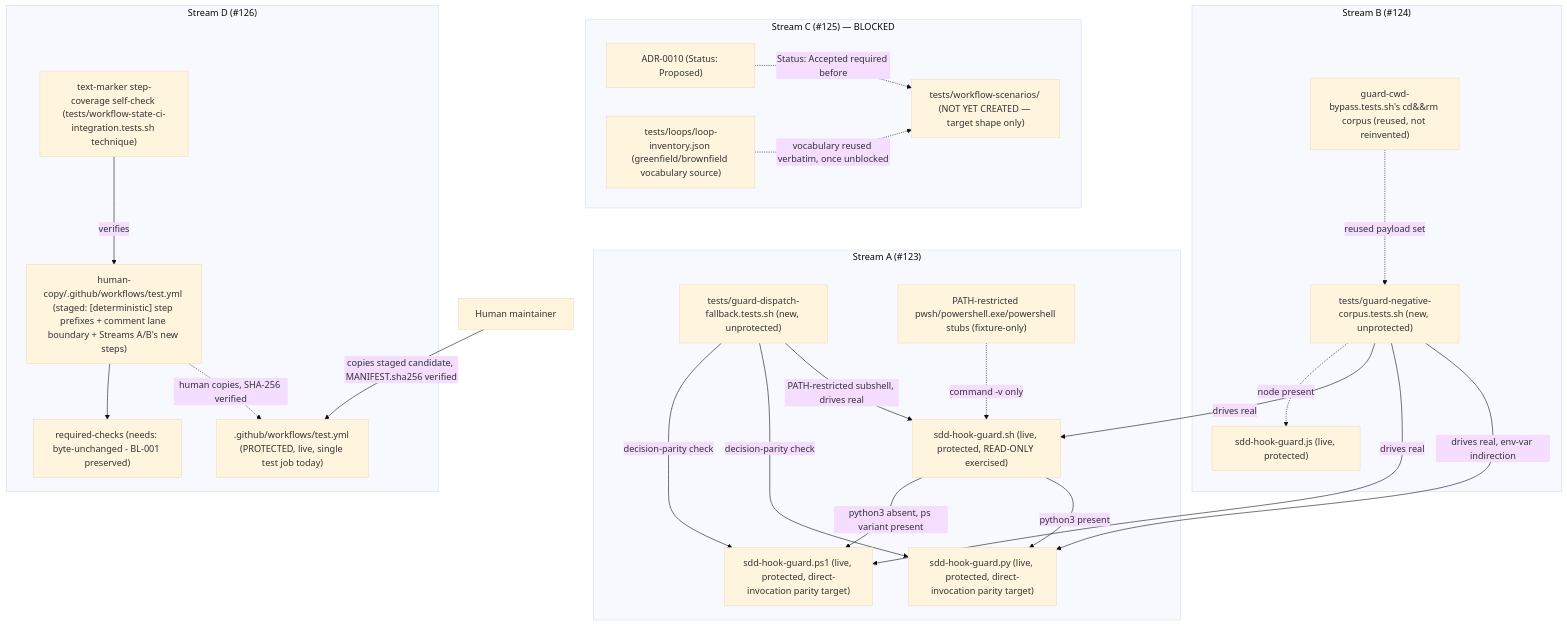
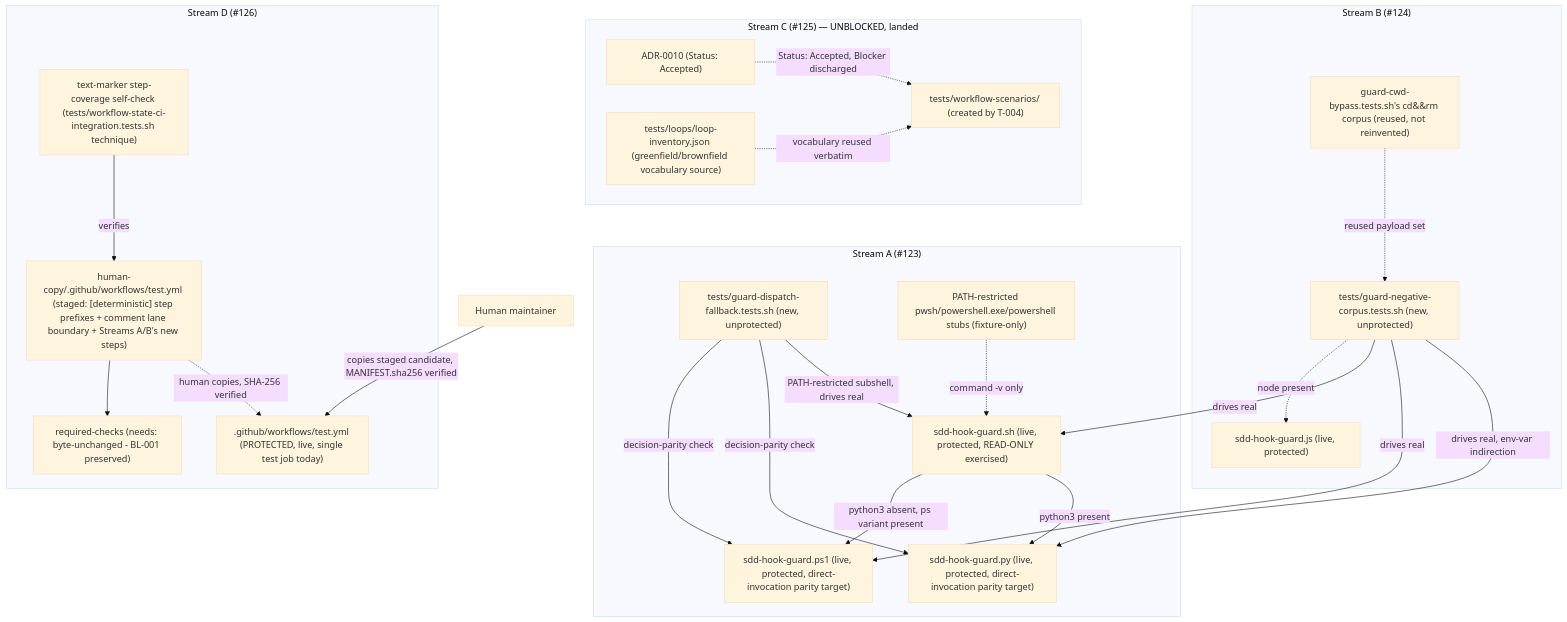
Before and after one commit to aharada54914/sdd-forge: the diagram in specs/epic-136-phase3/design.md, drawn with Mermaid (base theme). The commit also changed other lines of this file, not shown here.

````diff
--- a/specs/epic-136-phase3/design.md
+++ b/specs/epic-136-phase3/design.md
@@ -48,46 +61,46 @@
 ```mermaid
 flowchart TB
   subgraph SA["Stream A (#123)"]
     GDF["tests/guard-dispatch-fallback.tests.sh (new, unprotected)"]
     SHGSH["sdd-hook-guard.sh (live, protected, READ-ONLY exercised)"]
     SHGPY["sdd-hook-guard.py (live, protected, direct-invocation parity target)"]
     SHGPS["sdd-hook-guard.ps1 (live, protected, direct-invocation parity target)"]
     PWSHSTUB["PATH-restricted pwsh/powershell.exe/powershell stubs (fixture-only)"]
     GDF -->|PATH-restricted subshell, drives real| SHGSH
     SHGSH -->|python3 present| SHGPY
     SHGSH -->|python3 absent, ps variant present| SHGPS
     PWSHSTUB -.->|command -v only| SHGSH
     GDF -->|decision-parity check| SHGPY
     GDF -->|decision-parity check| SHGPS
   end
 
   subgraph SB["Stream B (#124)"]
     GNC["tests/guard-negative-corpus.tests.sh (new, unprotected)"]
     CWDCORPUS["guard-cwd-bypass.tests.sh's cd&&rm corpus (reused, not reinvented)"]
     GNC -->|drives real, env-var indirection| SHGPY
     GNC -->|drives real| SHGPS
     GNC -->|drives real| SHGSH
     GNC -.->|node present| SHGJS["sdd-hook-guard.js (live, protected)"]
     CWDCORPUS -.->|reused payload set| GNC
   end
 
-  subgraph SC["Stream C (#125) — BLOCKED"]
-    ADR0010["ADR-0010 (Status: Proposed)"]
-    WFSCEN["tests/workflow-scenarios/ (NOT YET CREATED — target shape only)"]
+  subgraph SC["Stream C (#125) — UNBLOCKED, landed"]
+    ADR0010["ADR-0010 (Status: Accepted)"]
+    WFSCEN["tests/workflow-scenarios/ (created by T-004)"]
     LOOPINV["tests/loops/loop-inventory.json (greenfield/brownfield vocabulary source)"]
-    ADR0010 -.->|Status: Accepted required before| WFSCEN
-    LOOPINV -.->|vocabulary reused verbatim, once unblocked| WFSCEN
+    ADR0010 -.->|Status: Accepted, Blocker discharged| WFSCEN
+    LOOPINV -.->|vocabulary reused verbatim| WFSCEN
   end
 
   subgraph SD["Stream D (#126)"]
     TESTYML_LIVE[".github/workflows/test.yml (PROTECTED, live, single test job today)"]
     TESTYML_HC["human-copy/.github/workflows/test.yml (staged: [deterministic] step prefixes + comment lane boundary + Streams A/B's new steps)"]
     RC["required-checks (needs: byte-unchanged - BL-001 preserved)"]
     SELFCHECK["text-marker step-coverage self-check (tests/workflow-state-ci-integration.tests.sh technique)"]
     TESTYML_HC -.->|human copies, SHA-256 verified| TESTYML_LIVE
     TESTYML_HC --> RC
     SELFCHECK -->|verifies| TESTYML_HC
   end
 
   HUMAN["Human maintainer"] -->|copies staged candidate, MANIFEST.sha256 verified| TESTYML_LIVE
 ```
````
